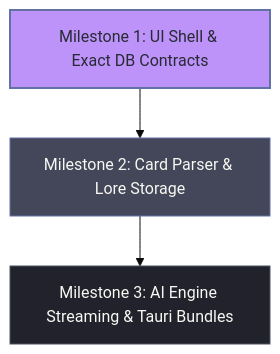
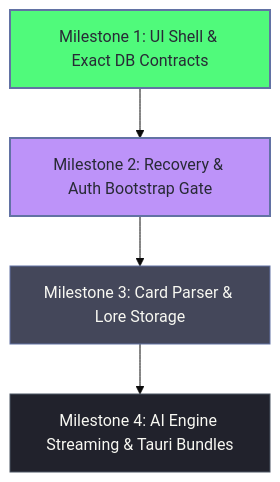
Before and after one commit to nevaeh5379/HaejeokRisuai: the diagram in leptos/README.md, drawn with Mermaid (base theme). The commit also changed other lines of this file and 22 other files, not shown here.

````diff
--- a/leptos/README.md
+++ b/leptos/README.md
@@ -108,9 +130,11 @@
 ```mermaid
 graph TD
-    M1[Milestone 1: UI Shell & Exact DB Contracts] --> M2[Milestone 2: Card Parser & Lore Storage]
-    M2 --> M3[Milestone 3: AI Engine Streaming & Tauri Bundles]
+    M1[Milestone 1: UI Shell & Exact DB Contracts] --> M2[Milestone 2: Recovery & Auth Bootstrap Gate]
+    M2 --> M3[Milestone 3: Card Parser & Lore Storage]
+    M3 --> M4[Milestone 4: AI Engine Streaming & Tauri Bundles]
     
-    style M1 fill:#bd93f9,stroke:#6272a4,stroke-width:2px,color:#282a36
-    style M2 fill:#44475a,stroke:#6272a4,stroke-width:1px,color:#f8f8f2
-    style M3 fill:#21222c,stroke:#4b5563,stroke-width:1px,color:#f8f8f2
+    style M1 fill:#50fa7b,stroke:#6272a4,stroke-width:2px,color:#282a36
+    style M2 fill:#bd93f9,stroke:#6272a4,stroke-width:2px,color:#282a36
+    style M3 fill:#44475a,stroke:#6272a4,stroke-width:1px,color:#f8f8f2
+    style M4 fill:#21222c,stroke:#4b5563,stroke-width:1px,color:#f8f8f2
 ```
````
